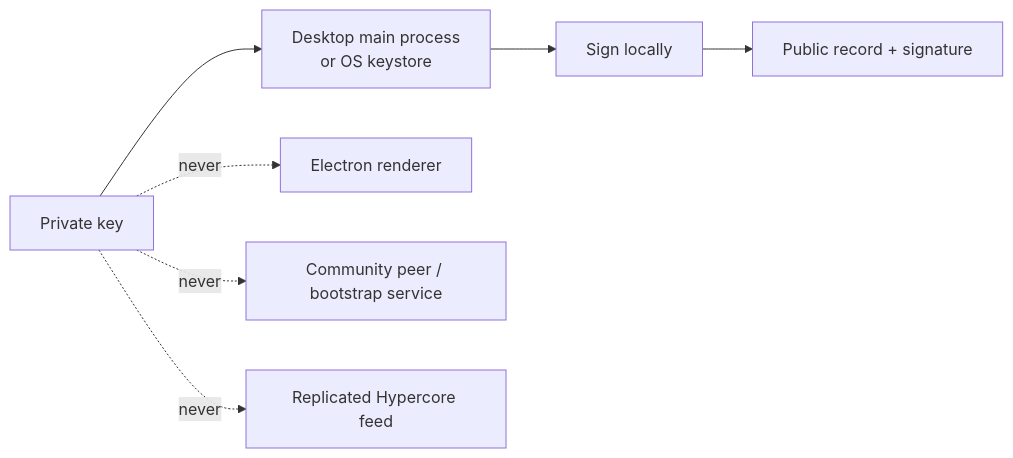
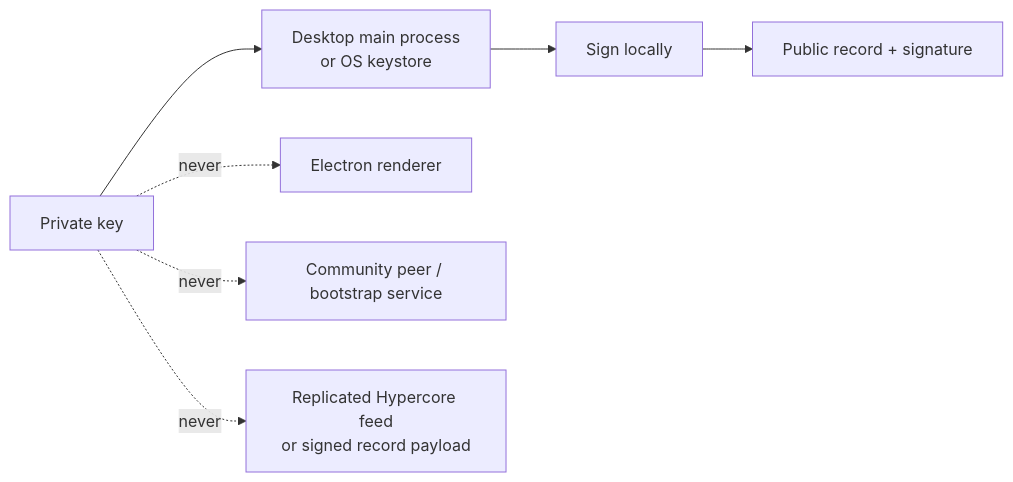
One commit to matthewlovestocode/peer-hours changed the diagram in docs/education/34-private-keys.md. Above: the diagram before and after it, drawn with Mermaid. The commit also changed other lines of this file and 62 other files, not shown here.

````diff
--- a/docs/education/34-private-keys.md
+++ b/docs/education/34-private-keys.md
@@ -5,9 +5,9 @@
 ```mermaid
 flowchart LR
   K["Private key"] --> M["Desktop main process\nor OS keystore"]
   M --> S["Sign locally"]
   S --> P["Public record + signature"]
   K -. "never" .-> R["Electron renderer"]
   K -. "never" .-> N["Community peer / bootstrap service"]
-  K -. "never" .-> L["Replicated Hypercore feed"]
+  K -. "never" .-> L["Replicated Hypercore feed\nor signed record payload"]
 ```
````
